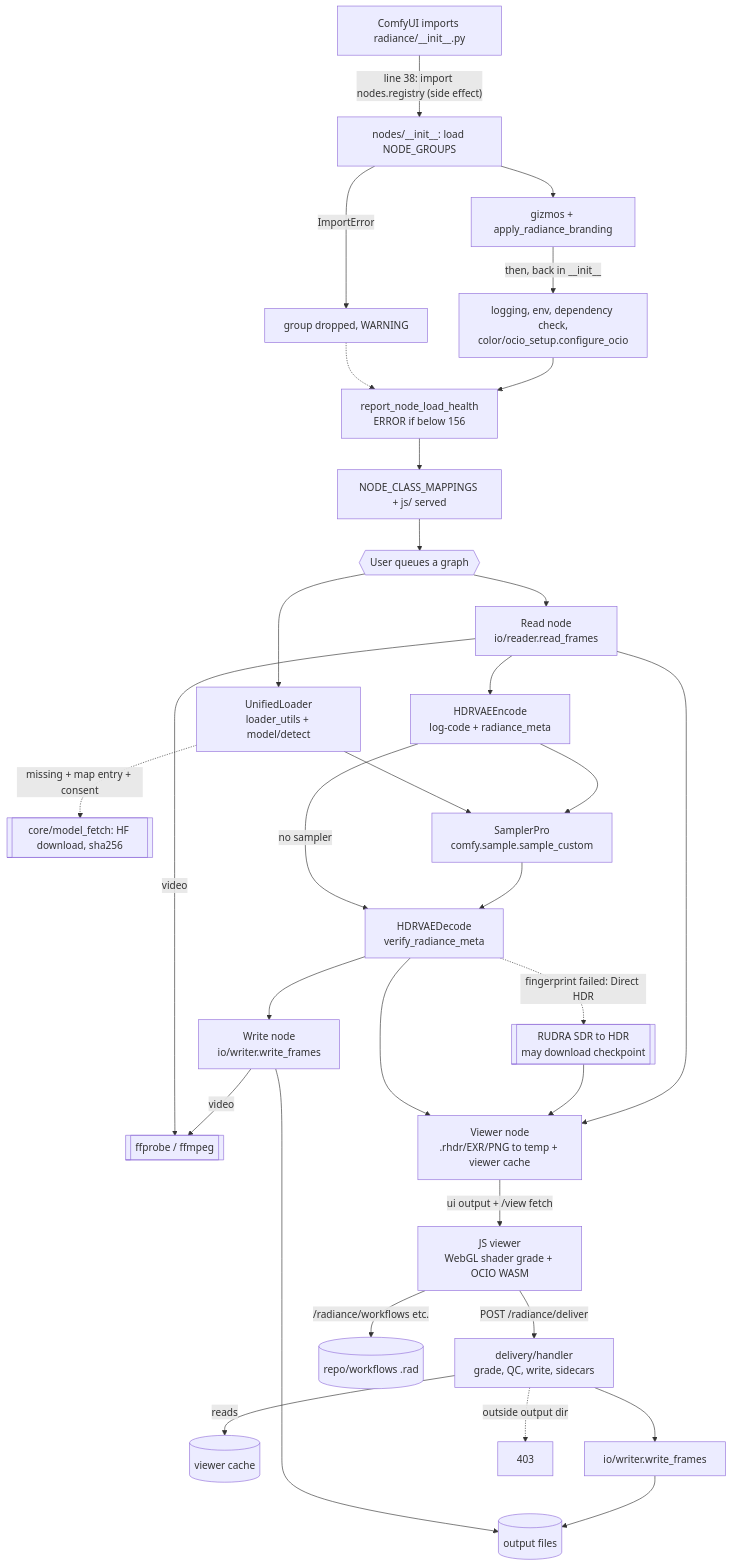
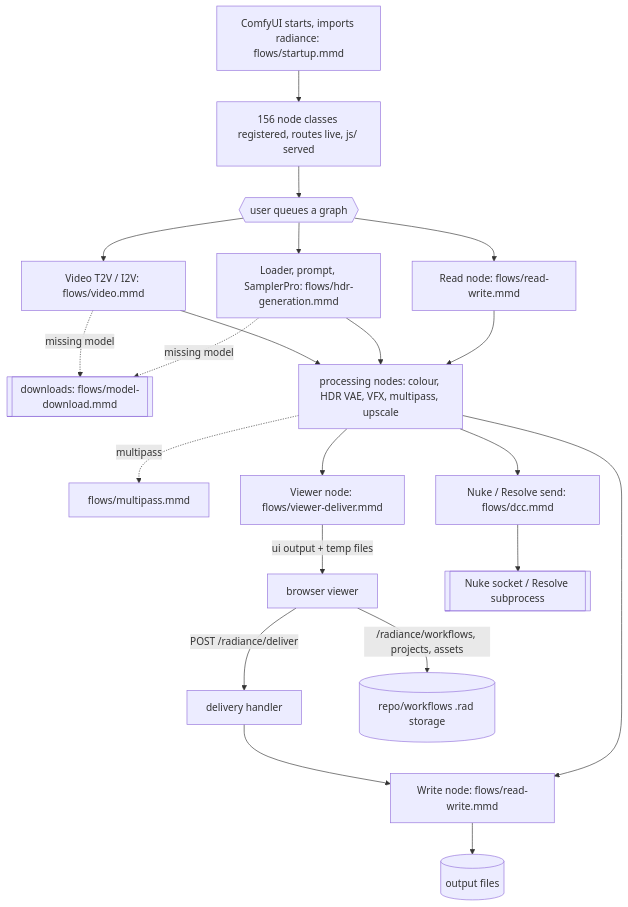
One commit to FXTD-Studios/radiance changed the diagram in docs/ai/diagrams/runtime-flow.mmd. Above: the diagram before and after it, drawn with Mermaid. The commit also changed 25 other files, not shown here.

First line of the commit message:
docs(ai): full-scope project map with evidence labels and workflow flowcharts

```diff
--- a/docs/ai/diagrams/runtime-flow.mmd
+++ b/docs/ai/diagrams/runtime-flow.mmd
@@ -1,35 +1,24 @@
 %% project-mapper:generated, static-analysis map (not a runtime trace), revision 7376f9e
-%% Legend: solid = observed call/data; dashed = conditional or failure path; [[ ]] = external process/service
+%% Lifecycle overview. Legend: solid = implemented call or data; dashed = conditional, failure, or optional;
+%% [[ ]] = external process or network. Detailed flows live in diagrams/flows/*.mmd (named in each box).
 flowchart TD
-    A[ComfyUI imports radiance/__init__.py] -->|"line 38: import nodes.registry (side effect)"| C[nodes/__init__: load NODE_GROUPS]
-    C -->|ImportError| C1[group dropped, WARNING]
-    C --> D[gizmos + apply_radiance_branding]
-    D -->|then, back in __init__| B[logging, env, dependency check,<br/>color/ocio_setup.configure_ocio]
-    C1 -.-> H
-    B --> H[report_node_load_health<br/>ERROR if below 156]
-    H --> R[NODE_CLASS_MAPPINGS + js/ served]
-
-    R --> Q{{User queues a graph}}
-    Q --> L[UnifiedLoader<br/>loader_utils + model/detect]
-    L -.->|missing + map entry + consent| DL[[core/model_fetch: HF download, sha256]]
-    L --> S[SamplerPro<br/>comfy.sample.sample_custom]
-    Q --> RD[Read node<br/>io/reader.read_frames]
-    RD -->|video| FF[[ffprobe / ffmpeg]]
-    RD --> ENC[HDRVAEEncode<br/>log-code + radiance_meta]
-    ENC --> S
-    ENC -->|no sampler| DEC
-    S --> DEC[HDRVAEDecode<br/>verify_radiance_meta]
-    DEC -.->|fingerprint failed: Direct HDR| U[[RUDRA SDR to HDR<br/>may download checkpoint]]
-    DEC --> V[Viewer node<br/>.rhdr/EXR/PNG to temp + viewer cache]
-    U --> V
-    RD --> V
-    DEC --> W[Write node<br/>io/writer.write_frames]
-    W -->|video| FF
-    W --> OUT[(output files)]
-
-    V -->|ui output + /view fetch| JS[JS viewer<br/>WebGL shader grade + OCIO WASM]
-    JS -->|POST /radiance/deliver| DLV[delivery/handler<br/>grade, QC, write, sidecars]
-    DLV -->|reads| VC[(viewer cache)]
-    DLV --> W2[io/writer.write_frames] --> OUT
-    DLV -.->|outside output dir| E403[403]
-    JS -->|/radiance/workflows etc.| WS[(repo/workflows .rad)]
+    start["ComfyUI starts, imports radiance: flows/startup.mmd"] --> nodes["156 node classes registered, routes live, js/ served"]
+    nodes --> q{{"user queues a graph"}}
+    q --> gen["Loader, prompt, SamplerPro: flows/hdr-generation.mmd"]
+    q --> rd["Read node: flows/read-write.mmd"]
+    q --> vid["Video T2V / I2V: flows/video.mmd"]
+    gen -.->|"missing model"| dl[["downloads: flows/model-download.mmd"]]
+    vid -.->|"missing model"| dl
+    rd --> proc["processing nodes: colour, HDR VAE, VFX, multipass, upscale"]
+    gen --> proc
+    vid --> proc
+    proc -.->|"multipass"| mp["flows/multipass.mmd"]
+    proc --> view["Viewer node: flows/viewer-deliver.mmd"]
+    proc --> wr["Write node: flows/read-write.mmd"]
+    proc --> dcc["Nuke / Resolve send: flows/dcc.mmd"]
+    view -->|"ui output + temp files"| js["browser viewer"]
+    js -->|"POST /radiance/deliver"| del["delivery handler"]
+    del --> wr
+    wr --> out[("output files")]
+    dcc --> ext[["Nuke socket / Resolve subprocess"]]
+    js -->|"/radiance/workflows, projects, assets"| ws[("repo/workflows .rad storage")]
```
